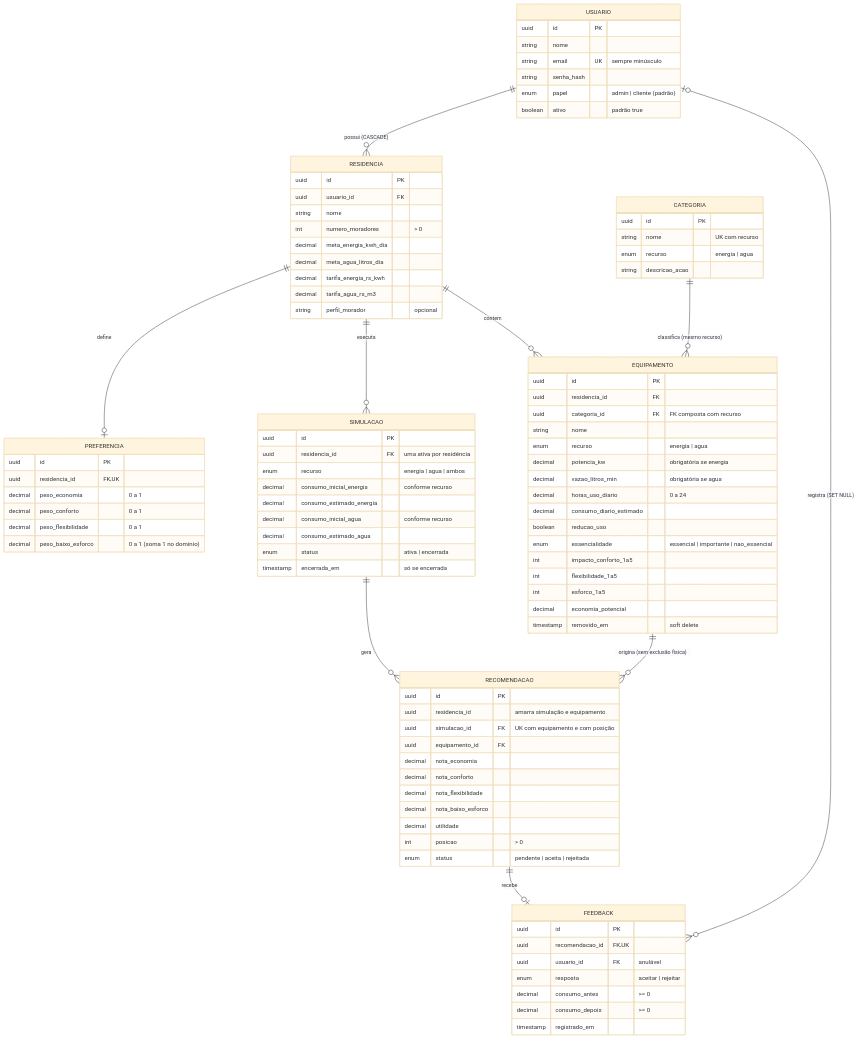
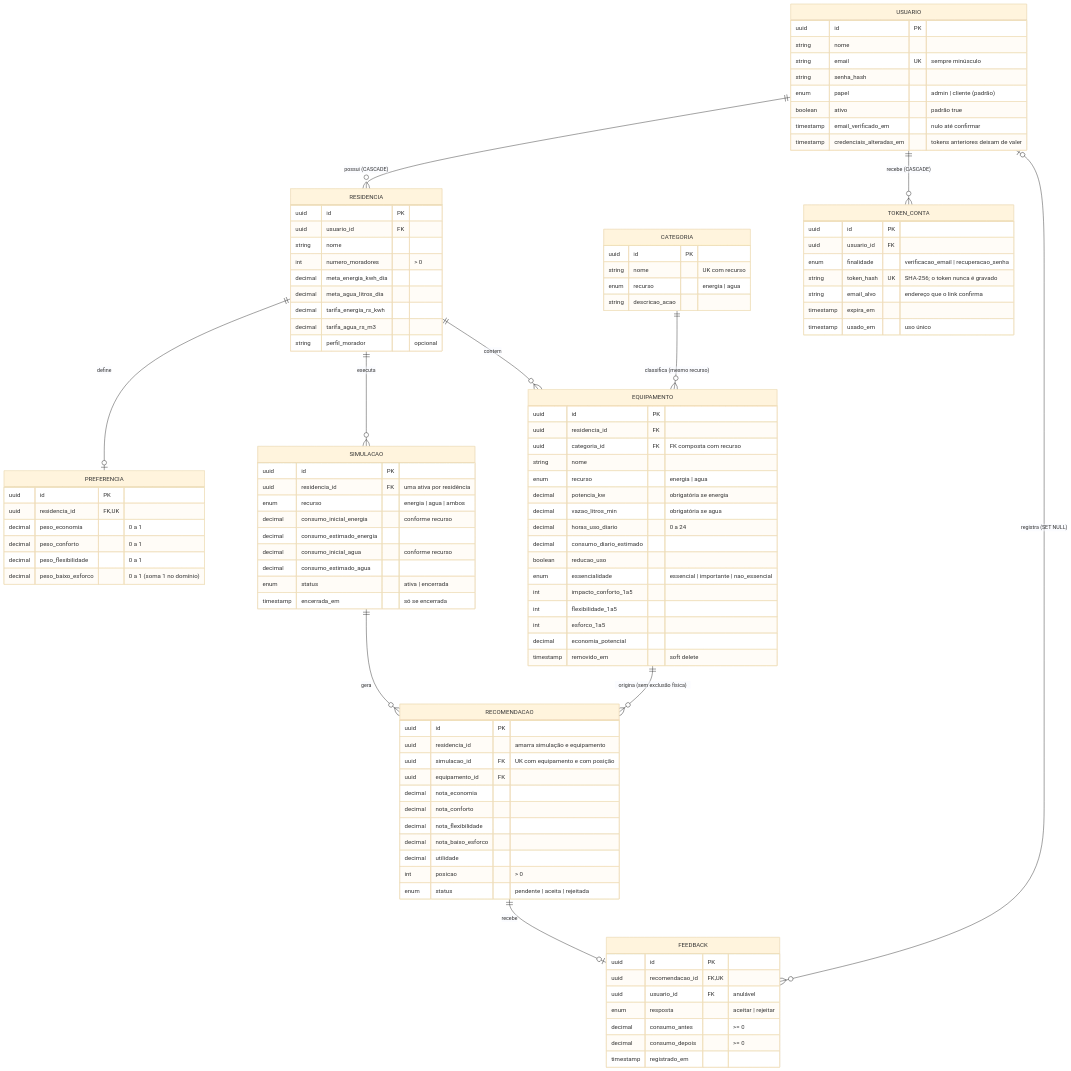
The first of 3 diagrams in docs/diagramas.md (Joloano/agente-recomendacao-economia), drawn with Mermaid (base theme) before and after one commit. The commit also changed 18 other files, not shown here.

```diff
--- a/docs/diagramas.md
+++ b/docs/diagramas.md
@@ -16,6 +16,7 @@
     EQUIPAMENTO ||--o{ RECOMENDACAO : "origina (sem exclusão física)"
     RECOMENDACAO ||--o| FEEDBACK : recebe
     USUARIO |o--o{ FEEDBACK : "registra (SET NULL)"
+    USUARIO ||--o{ TOKEN_CONTA : "recebe (CASCADE)"
 
     USUARIO {
         uuid id PK
@@ -24,6 +25,17 @@
         string senha_hash
         enum papel "admin | cliente (padrão)"
         boolean ativo "padrão true"
+        timestamp email_verificado_em "nulo até confirmar"
+        timestamp credenciais_alteradas_em "tokens anteriores deixam de valer"
+    }
+    TOKEN_CONTA {
+        uuid id PK
+        uuid usuario_id FK
+        enum finalidade "verificacao_email | recuperacao_senha"
+        string token_hash UK "SHA-256; o token nunca é gravado"
+        string email_alvo "endereço que o link confirma"
+        timestamp expira_em
+        timestamp usado_em "uso único"
     }
     RESIDENCIA {
         uuid id PK
```
